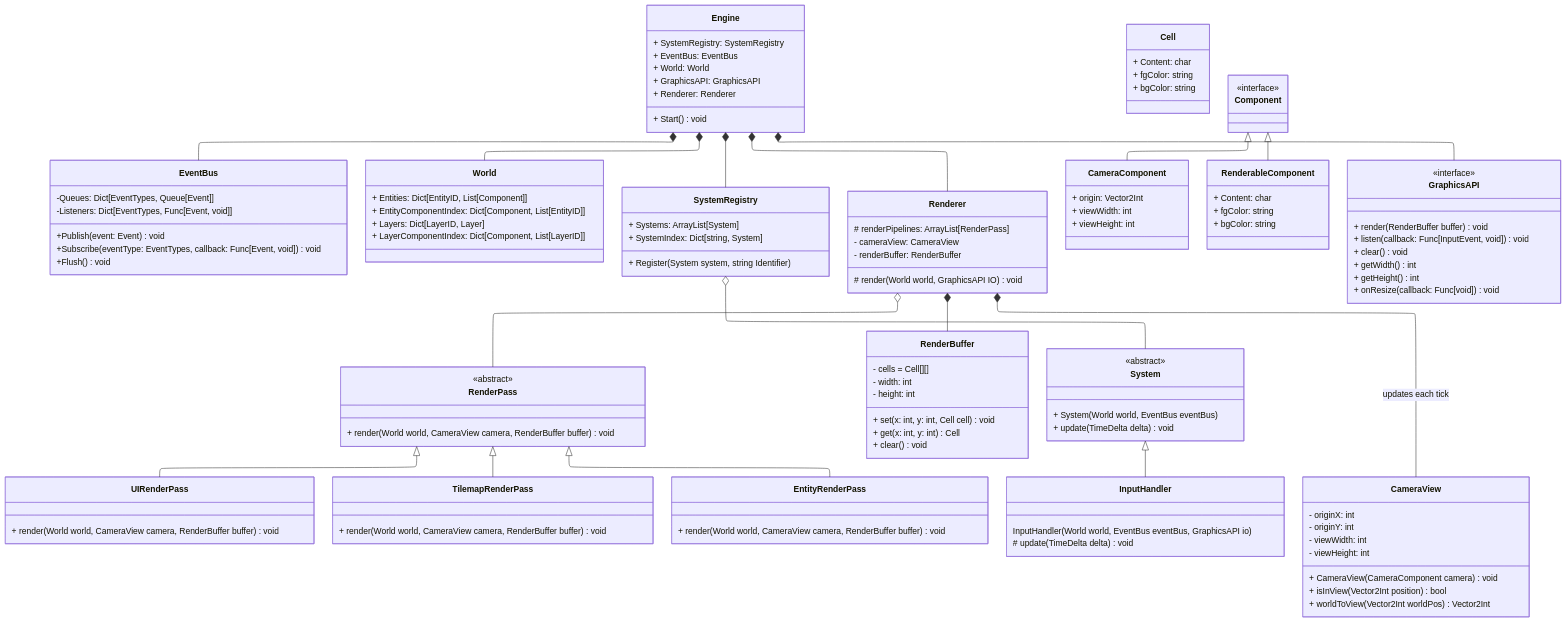
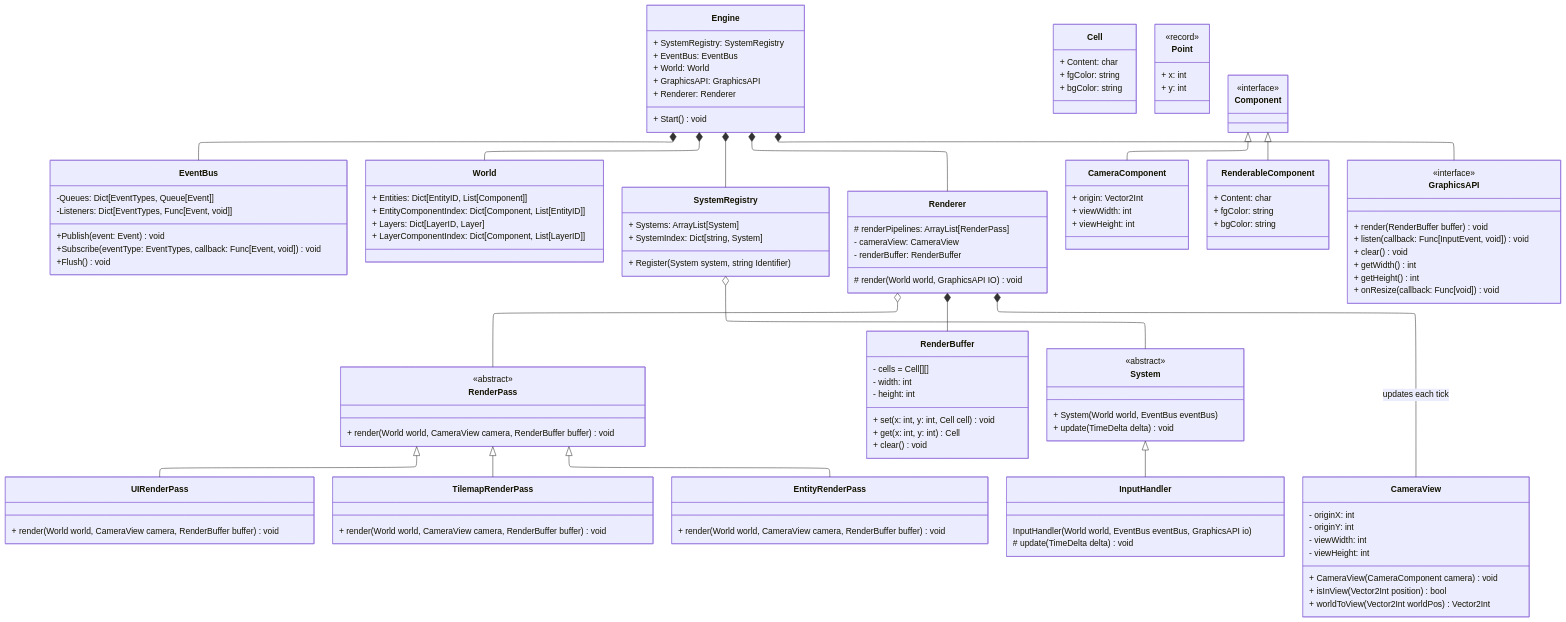
Before and after one commit to FT111/game-1: the diagram in EngineArchitecture.mmd, drawn with Mermaid.

Commit message:
Adds Point coord record to Engine arch diagram

```diff
--- a/EngineArchitecture.mmd
+++ b/EngineArchitecture.mmd
@@ -1,150 +1,156 @@
 ---
 config:
   layout: elk
 ---
 
 classDiagram
     class EventBus {
         -Queues: Dict[EventTypes, Queue[Event]]
         -Listeners: Dict[EventTypes, Func[Event, void]]
         +Publish(event: Event) void
         +Subscribe(eventType: EventTypes, callback: Func[Event, void]) void
         +Flush() void
     }
 
     class Engine {
         + SystemRegistry: SystemRegistry
         + EventBus: EventBus
         + World: World
         + GraphicsAPI: GraphicsAPI
         + Renderer: Renderer
 
         + Start() void
     }
 
     class World {
         + Entities: Dict[EntityID, List[Component]]
         + EntityComponentIndex: Dict[Component, List[EntityID]]
 
         + Layers: Dict[LayerID, Layer]
         + LayerComponentIndex: Dict[Component, List[LayerID]]
     }
 
     class SystemRegistry {
         + Systems: ArrayList[System]
         + SystemIndex: Dict[string, System]
         + Register(System system, string Identifier)
     }
 
 
     class Renderer {
         # renderPipelines: ArrayList[RenderPass]
         # render(World world, GraphicsAPI IO) void
         - cameraView: CameraView
 
         - renderBuffer: RenderBuffer
 
     }
 
     class Cell {
         + Content: char
         + fgColor: string
         + bgColor: string
     }
 
 
     class UIRenderPass {
         + render(World world, CameraView camera, RenderBuffer buffer) void
     }
 
     class TilemapRenderPass {
         + render(World world, CameraView camera, RenderBuffer buffer) void
     }
 
     class EntityRenderPass {
         + render(World world, CameraView camera, RenderBuffer buffer) void
     }
 
     class RenderPass {
         <<abstract>>
         + render(World world, CameraView camera, RenderBuffer buffer) void
     }
 
 
     class InputHandler {
         InputHandler(World world, EventBus eventBus, GraphicsAPI io)
         # update(TimeDelta delta) void
     }
     class RenderBuffer {
         - cells = Cell[][]
         - width: int
         -  height: int
         + set(x: int, y: int, Cell cell) void
         + get(x: int, y: int) Cell
         + clear() void
         }
 
     class CameraView {
         - originX: int
         - originY: int
         - viewWidth: int
         - viewHeight: int
 
         + CameraView(CameraComponent camera) void
         + isInView(Vector2Int position) bool
         + worldToView(Vector2Int worldPos) Vector2Int
     }
     class System {
         <<abstract>>
         + System(World world, EventBus eventBus)
         + update(TimeDelta delta) void
     }
 
+    class Point {
+        <<record>>
+        + x: int
+        + y: int
+    }
+
     class Component {
         <<interface>>
     }
 
     class CameraComponent {
         + origin: Vector2Int
         + viewWidth: int
         + viewHeight: int
     }
 
     class RenderableComponent {
         + Content: char
         + fgColor: string
         + bgColor: string
     }
 
     class GraphicsAPI {
         <<interface>>
         + render(RenderBuffer buffer) void
         + listen(callback: Func[InputEvent, void]) void
         + clear() void
 
         + getWidth() int
         + getHeight() int
         + onResize(callback: Func[void]) void
     }
 
 
 Engine *-- World
 Engine *-- SystemRegistry
 Engine *-- EventBus
 Engine *-- Renderer
 Engine *-- GraphicsAPI
 
 Renderer *-- RenderBuffer
 Renderer *-- CameraView : updates each tick
 Renderer o-- RenderPass
 
 RenderPass <|-- TilemapRenderPass
 RenderPass <|-- EntityRenderPass
 RenderPass <|-- UIRenderPass
 
 SystemRegistry o-- System
 
 Component <|-- CameraComponent
 Component <|-- RenderableComponent
 
 System <|-- InputHandler
```
